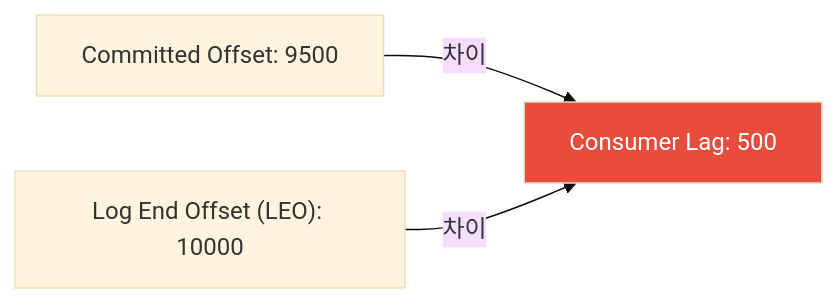
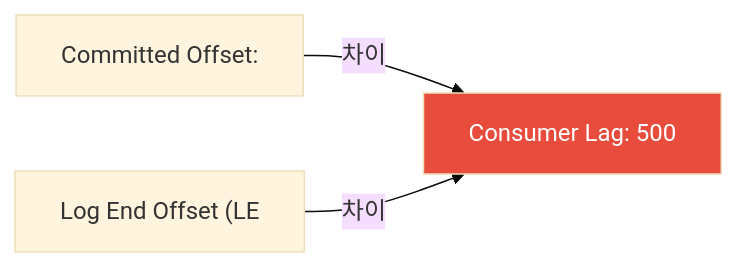
One commit to yjkim2015/yjkim2015.github.io changed the fifth of 7 diagrams in _posts/kafka/2026-05-01-kafka-consumer-deep.md. Above: the diagram before and after it, drawn with Mermaid (base theme). The commit also changed other lines of this file and 271 other files, not shown here.

First line of the commit message:
Mermaid 라벨 축소: 긴 노드 텍스트 18자 이하로 트림 + \n 제거

````diff
--- a/_posts/kafka/2026-05-01-kafka-consumer-deep.md
+++ b/_posts/kafka/2026-05-01-kafka-consumer-deep.md
@@ -295,9 +295,9 @@
 ```mermaid
 graph LR
-    CO["Committed Offset: 9500"]
-    LEO["Log End Offset (LEO): 10000"]
+    CO["Committed Offset:"]
+    LEO["Log End Offset (LE"]
     LAG["Consumer Lag: 500"]
     CO -->|"차이"| LAG
     LEO -->|"차이"| LAG
     style LAG fill:#e74c3c,color:#fff
 ```
````
